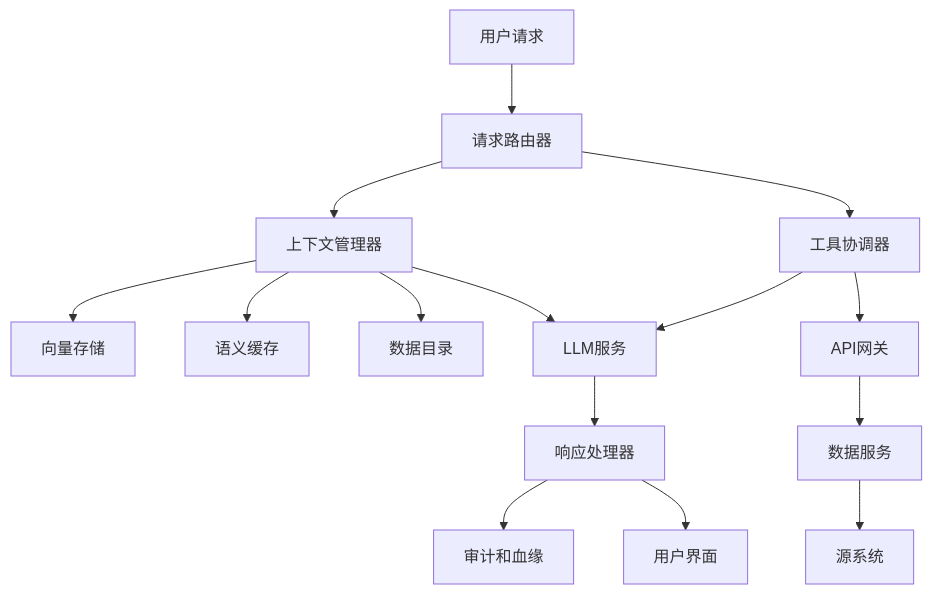
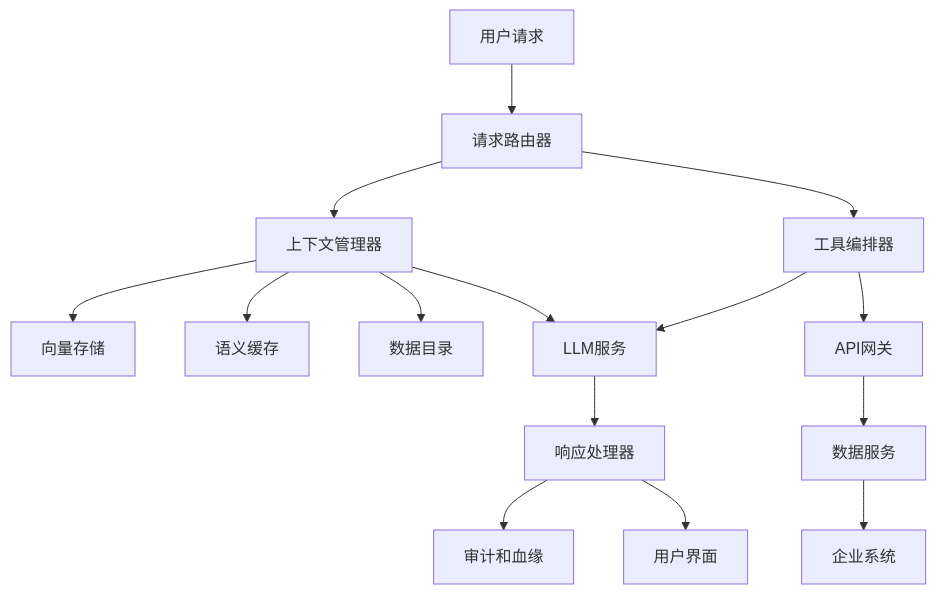
The third of 4 diagrams in i18n/zh/docusaurus-plugin-content-blog/2025-09-24-enterprise-ai-application-architecture.mdx (tikazyq/marvinzhang.dev), drawn with Mermaid before and after one commit. The commit also changed other lines of this file and 1 other file, not shown here.

````diff
--- a/i18n/zh/docusaurus-plugin-content-blog/2025-09-24-enterprise-ai-application-architecture.mdx
+++ b/i18n/zh/docusaurus-plugin-content-blog/2025-09-24-enterprise-ai-application-architecture.mdx
@@ -247,21 +288,21 @@
 ```mermaid
 flowchart TD
     UserRequest[用户请求] --> Router[请求路由器]
     Router --> ContextManager[上下文管理器]
-    Router --> ToolOrchestrator[工具协调器]
+    Router --> ToolOrchestrator[工具编排器]
     
     ContextManager --> VectorStore[向量存储]
     ContextManager --> CacheLayer[语义缓存]
     ContextManager --> DataCatalog[数据目录]
     
     ToolOrchestrator --> APIGateway[API网关]
     APIGateway --> DataServices[数据服务]
-    DataServices --> SourceSystems[源系统]
+    DataServices --> SourceSystems[企业系统]
     
     ContextManager --> LLMService[LLM服务]
     ToolOrchestrator --> LLMService
     LLMService --> ResponseHandler[响应处理器]
     
     ResponseHandler --> AuditLog[审计和血缘]
     ResponseHandler --> UserInterface[用户界面]
 ```
````
